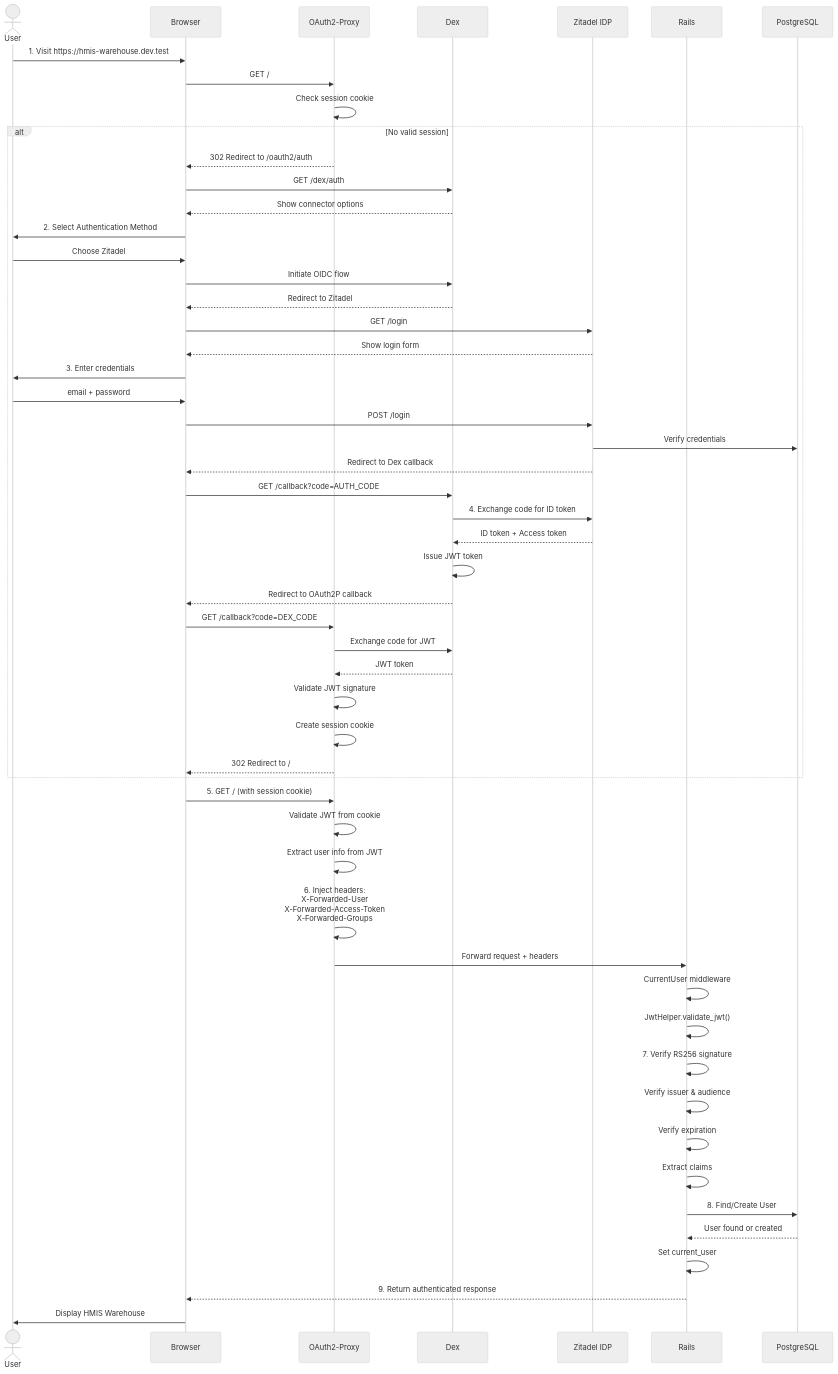
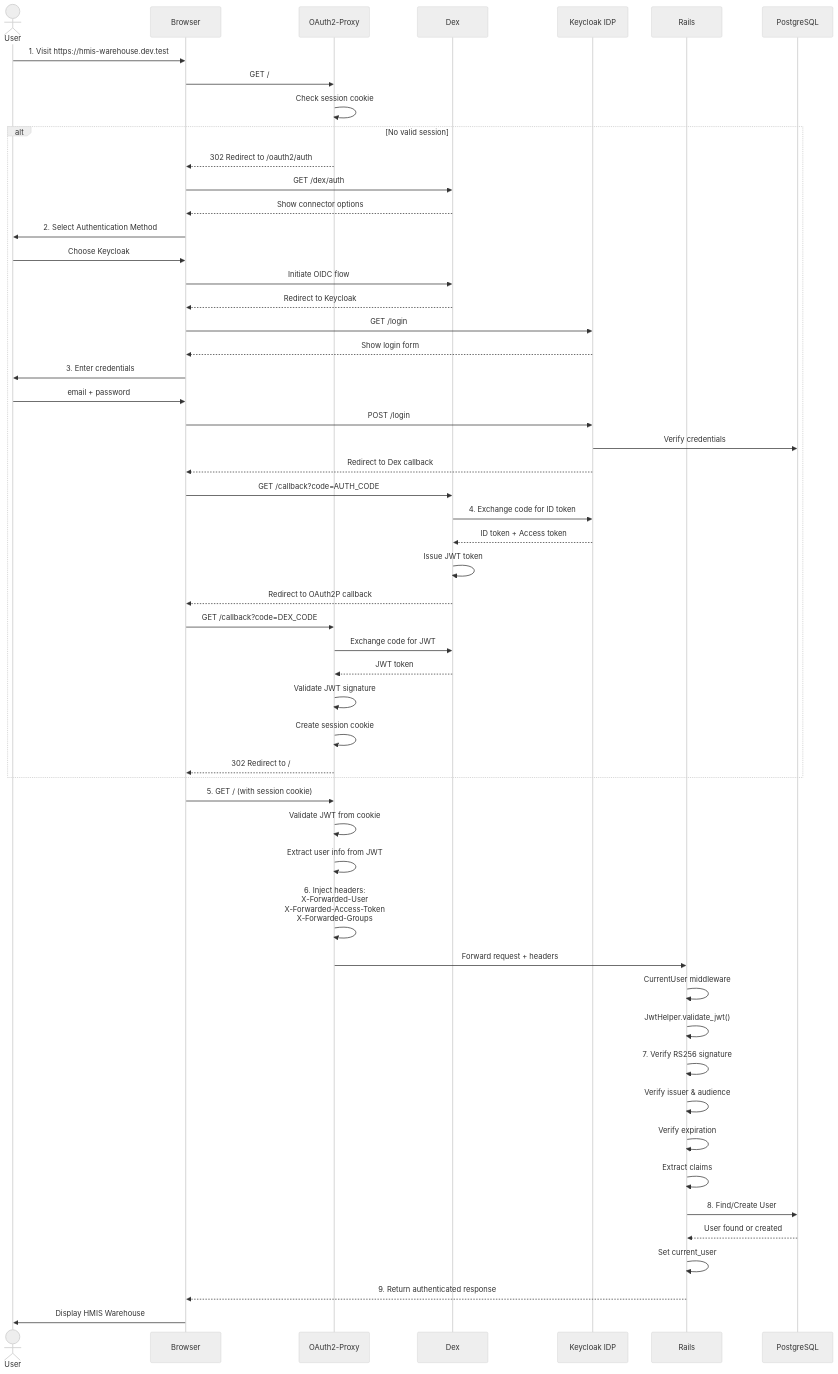
The second of 8 diagrams in docs/architecture/authentication-diagrams.md (greenriver/hmis-warehouse), drawn with Mermaid (neutral theme) before and after one commit. The commit also changed other lines of this file and 7 other files, not shown here.

````diff
--- a/docs/architecture/authentication-diagrams.md
+++ b/docs/architecture/authentication-diagrams.md
@@ -43,64 +43,64 @@
 ```mermaid
 sequenceDiagram
     actor User
     participant Browser
     participant OAuth2P as OAuth2-Proxy
     participant Dex
-    participant Zitadel as Zitadel IDP
+    participant Keycloak as Keycloak IDP
     participant Rails
     participant DB as PostgreSQL
 
     User->>Browser: 1. Visit https://hmis-warehouse.dev.test
     Browser->>OAuth2P: GET /
     OAuth2P->>OAuth2P: Check session cookie
 
     alt No valid session
         OAuth2P-->>Browser: 302 Redirect to /oauth2/auth
         Browser->>Dex: GET /dex/auth
         Dex-->>Browser: Show connector options
         Browser->>User: 2. Select Authentication Method
-        User->>Browser: Choose Zitadel
+        User->>Browser: Choose Keycloak
         Browser->>Dex: Initiate OIDC flow
-        Dex-->>Browser: Redirect to Zitadel
+        Dex-->>Browser: Redirect to Keycloak
 
-        Browser->>Zitadel: GET /login
-        Zitadel-->>Browser: Show login form
+        Browser->>Keycloak: GET /login
+        Keycloak-->>Browser: Show login form
         Browser->>User: 3. Enter credentials
         User->>Browser: email + password
-        Browser->>Zitadel: POST /login
-        Zitadel->>DB: Verify credentials
+        Browser->>Keycloak: POST /login
+        Keycloak->>DB: Verify credentials
 
-        Zitadel-->>Browser: Redirect to Dex callback
+        Keycloak-->>Browser: Redirect to Dex callback
         Browser->>Dex: GET /callback?code=AUTH_CODE
-        Dex->>Zitadel: 4. Exchange code for ID token
-        Zitadel-->>Dex: ID token + Access token
+        Dex->>Keycloak: 4. Exchange code for ID token
+        Keycloak-->>Dex: ID token + Access token
         Dex->>Dex: Issue JWT token
         Dex-->>Browser: Redirect to OAuth2P callback
 
         Browser->>OAuth2P: GET /callback?code=DEX_CODE
         OAuth2P->>Dex: Exchange code for JWT
         Dex-->>OAuth2P: JWT token
         OAuth2P->>OAuth2P: Validate JWT signature
         OAuth2P->>OAuth2P: Create session cookie
         OAuth2P-->>Browser: 302 Redirect to /
     end
 
     Browser->>OAuth2P: 5. GET / (with session cookie)
     OAuth2P->>OAuth2P: Validate JWT from cookie
     OAuth2P->>OAuth2P: Extract user info from JWT
     OAuth2P->>OAuth2P: 6. Inject headers:<br/>X-Forwarded-User<br/>X-Forwarded-Access-Token<br/>X-Forwarded-Groups
     OAuth2P->>Rails: Forward request + headers
 
     Rails->>Rails: CurrentUser middleware
     Rails->>Rails: JwtHelper.validate_jwt()
     Rails->>Rails: 7. Verify RS256 signature
     Rails->>Rails: Verify issuer & audience
     Rails->>Rails: Verify expiration
     Rails->>Rails: Extract claims
 
     Rails->>DB: 8. Find/Create User
     DB-->>Rails: User found or created
     Rails->>Rails: Set current_user
     Rails-->>Browser: 9. Return authenticated response
     Browser->>User: Display HMIS Warehouse
 ```
````
